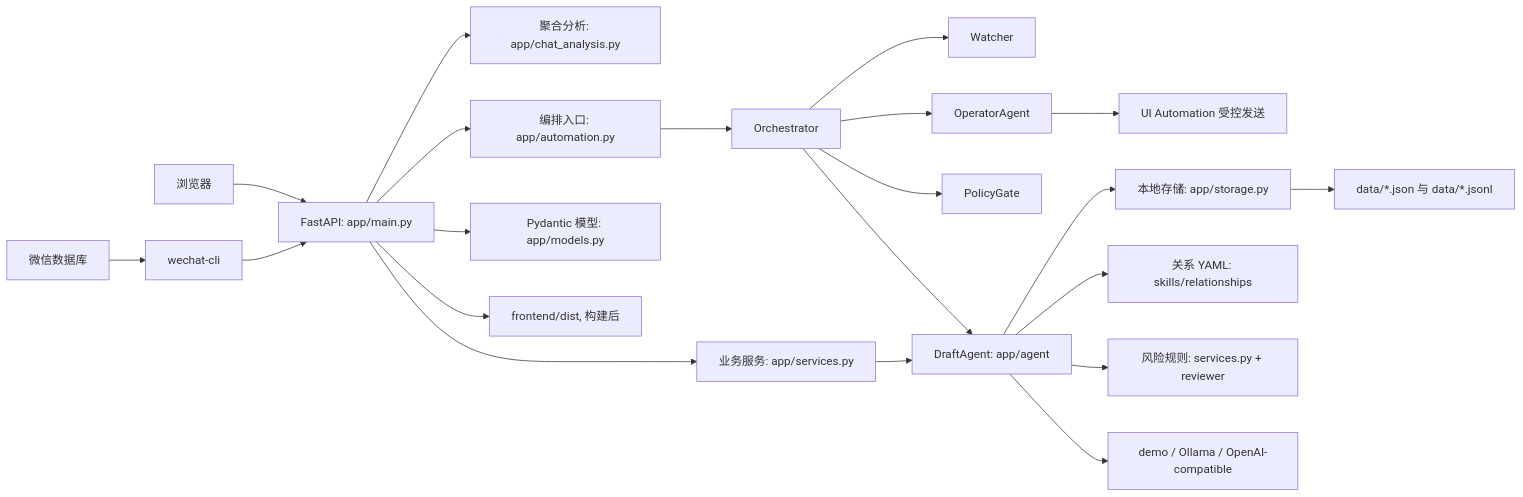
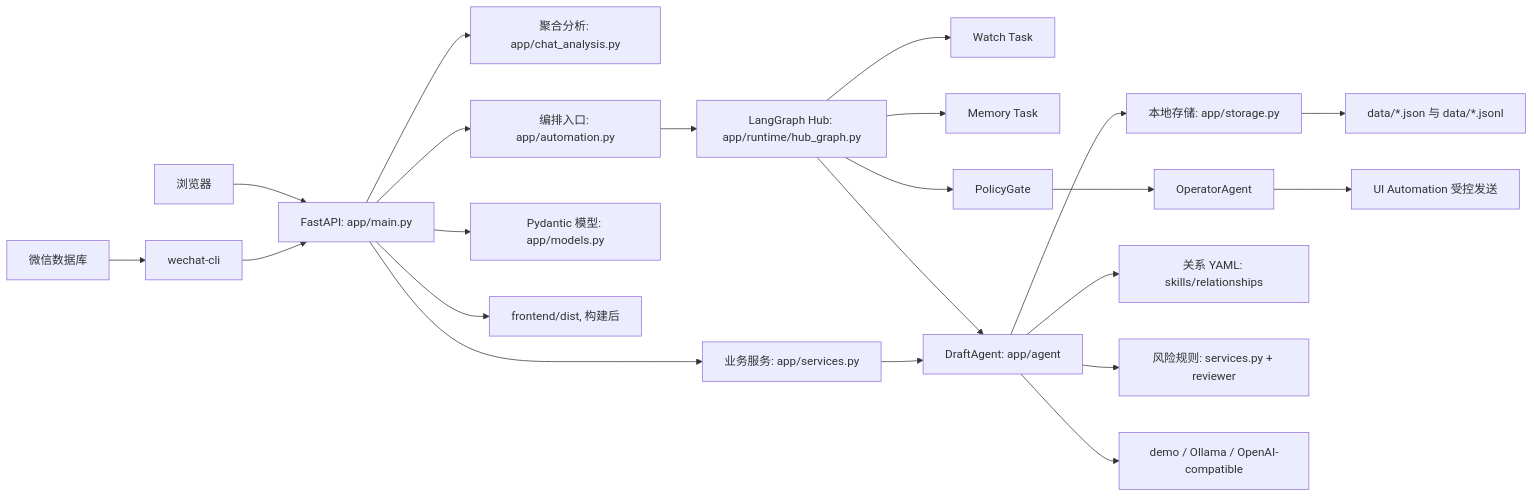
Before and after one commit to Barry04/wxChatAIAssistant: the diagram in docs/harness/architecture.md, drawn with Mermaid. The commit also changed other lines of this file and 33 other files, not shown here.

````diff
--- a/docs/harness/architecture.md
+++ b/docs/harness/architecture.md
@@ -7,23 +7,24 @@
 ```mermaid
 flowchart LR
     Browser[浏览器] --> API[FastAPI: app/main.py]
     WeChatDB[微信数据库] --> Reader[wechat-cli]
     Reader --> API
     API --> Service[业务服务: app/services.py]
     API --> Analysis[聚合分析: app/chat_analysis.py]
     API --> Worker[编排入口: app/automation.py]
-    Worker --> Orch[Orchestrator]
-    Orch --> Watch[Watcher]
-    Orch --> Draft[DraftAgent: app/agent]
-    Orch --> Policy[PolicyGate]
-    Orch --> Op[OperatorAgent]
+    Worker --> Hub[LangGraph Hub: app/runtime/hub_graph.py]
+    Hub --> Watch[Watch Task]
+    Hub --> Memory[Memory Task]
+    Hub --> Draft[DraftAgent: app/agent]
+    Hub --> Policy[PolicyGate]
+    Policy --> Op[OperatorAgent]
     Op --> WeChatUI[UI Automation 受控发送]
     API --> Model[Pydantic 模型: app/models.py]
     Service --> Draft
     Draft --> Store[本地存储: app/storage.py]
     Draft --> Relation[关系 YAML: skills/relationships]
     Draft --> Safety[风险规则: services.py + reviewer]
     Draft --> Provider[demo / Ollama / OpenAI-compatible]
     Store --> Data[data/*.json 与 data/*.jsonl]
     API --> Static[frontend/dist, 构建后]
 ```
````
